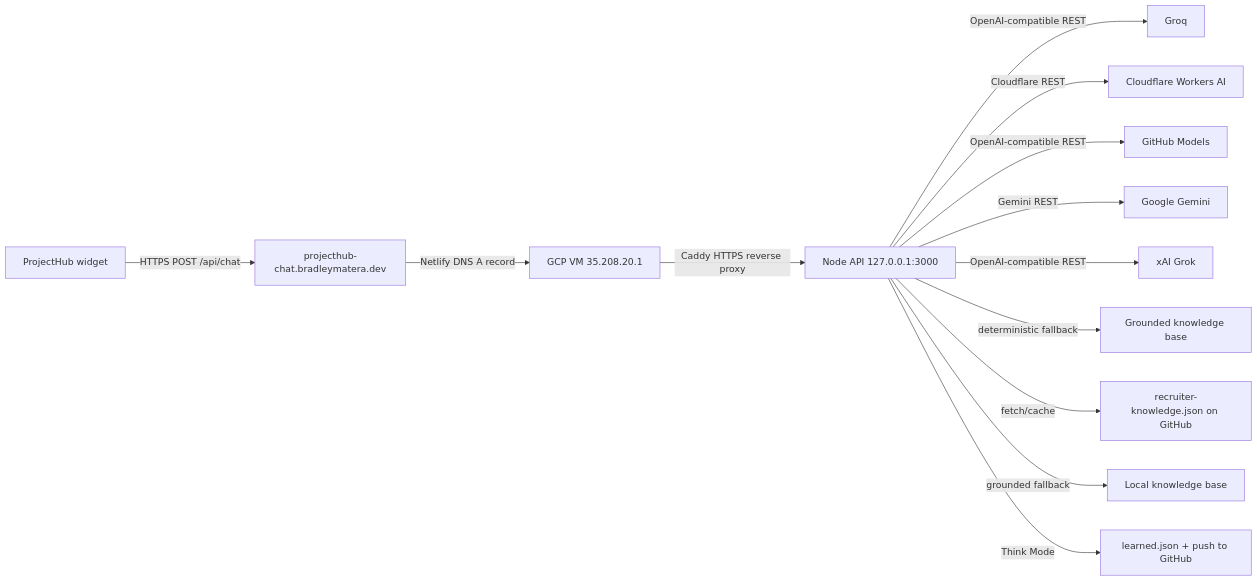
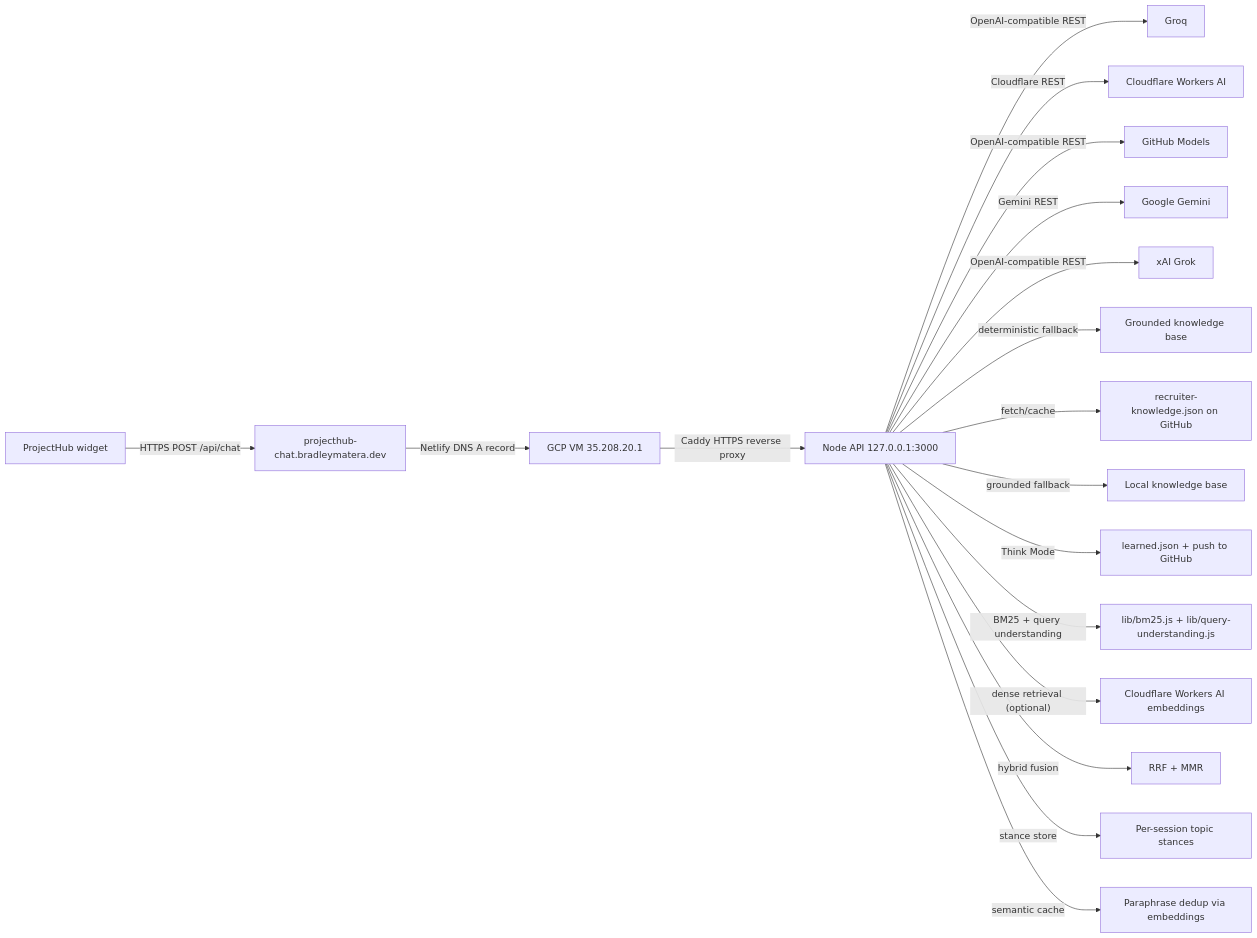
Before and after one commit to BradleyMatera/ProjectHub: the diagram in docs/backend-guide.md, drawn with Mermaid. The commit also changed other lines of this file and 26 other files, not shown here.

````diff
--- a/docs/backend-guide.md
+++ b/docs/backend-guide.md
@@ -30,15 +30,20 @@
 ```mermaid
 flowchart LR
   A[ProjectHub widget] -- HTTPS POST /api/chat --> B[projecthub-chat.bradleymatera.dev]
   B -- Netlify DNS A record --> C[GCP VM 35.208.20.1]
   C -- Caddy HTTPS reverse proxy --> D[Node API 127.0.0.1:3000]
   D -- OpenAI-compatible REST --> E1[Groq]
   D -- Cloudflare REST --> E2[Cloudflare Workers AI]
   D -- OpenAI-compatible REST --> E3[GitHub Models]
   D -- Gemini REST --> E4[Google Gemini]
   D -- OpenAI-compatible REST --> E5[xAI Grok]
   D -- deterministic fallback --> E6[Grounded knowledge base]
   D -- fetch/cache --> F[recruiter-knowledge.json on GitHub]
   D -- grounded fallback --> G[Local knowledge base]
   D -- Think Mode --> H[learned.json + push to GitHub]
+  D -- BM25 + query understanding --> I[lib/bm25.js + lib/query-understanding.js]
+  D -- dense retrieval (optional) --> J[Cloudflare Workers AI embeddings]
+  D -- hybrid fusion --> K[RRF + MMR]
+  D -- stance store --> L[Per-session topic stances]
+  D -- semantic cache --> M[Paraphrase dedup via embeddings]
 ```
````
